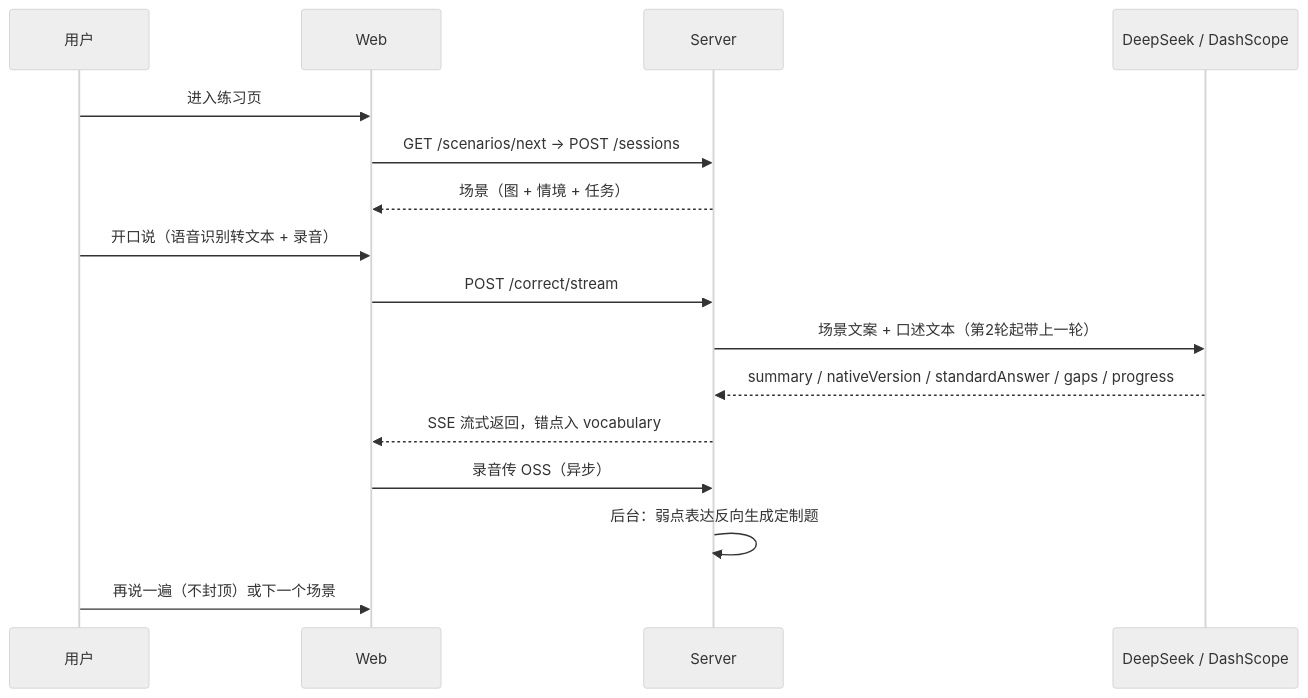
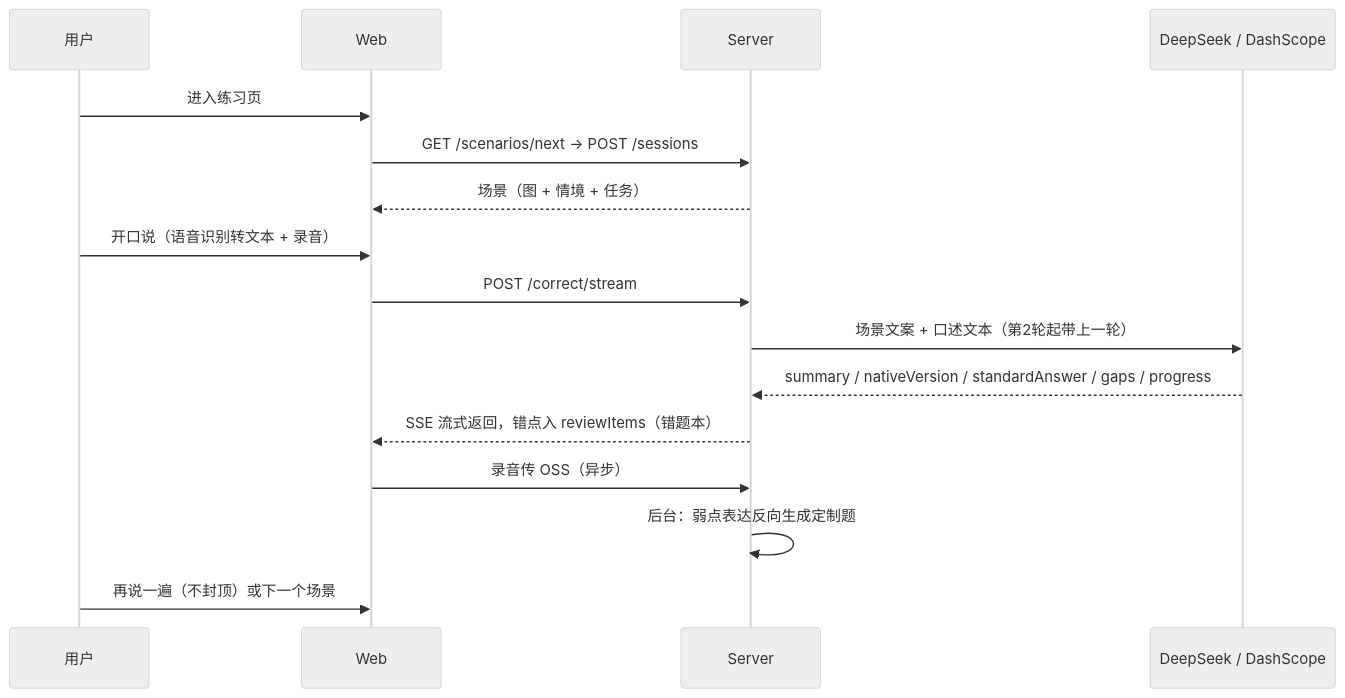
Before and after one commit to makewheels/speakup: the second of 2 diagrams in docs/README.md, drawn with Mermaid (neutral theme). The commit also changed other lines of this file and 19 other files, not shown here.

````diff
--- a/docs/README.md
+++ b/docs/README.md
@@ -51,18 +61,18 @@
 ```mermaid
 sequenceDiagram
     participant U as 用户
     participant W as Web
     participant S as Server
     participant Q as DeepSeek / DashScope
     U->>W: 进入练习页
     W->>S: GET /scenarios/next → POST /sessions
     S-->>W: 场景（图 + 情境 + 任务）
     U->>W: 开口说（语音识别转文本 + 录音）
     W->>S: POST /correct/stream
     S->>Q: 场景文案 + 口述文本（第2轮起带上一轮）
     Q-->>S: summary / nativeVersion / standardAnswer / gaps / progress
-    S-->>W: SSE 流式返回，错点入 vocabulary
+    S-->>W: SSE 流式返回，错点入 reviewItems（错题本）
     W->>S: 录音传 OSS（异步）
     S->>S: 后台：弱点表达反向生成定制题
     U->>W: 再说一遍（不封顶）或下一个场景
 ```
````
